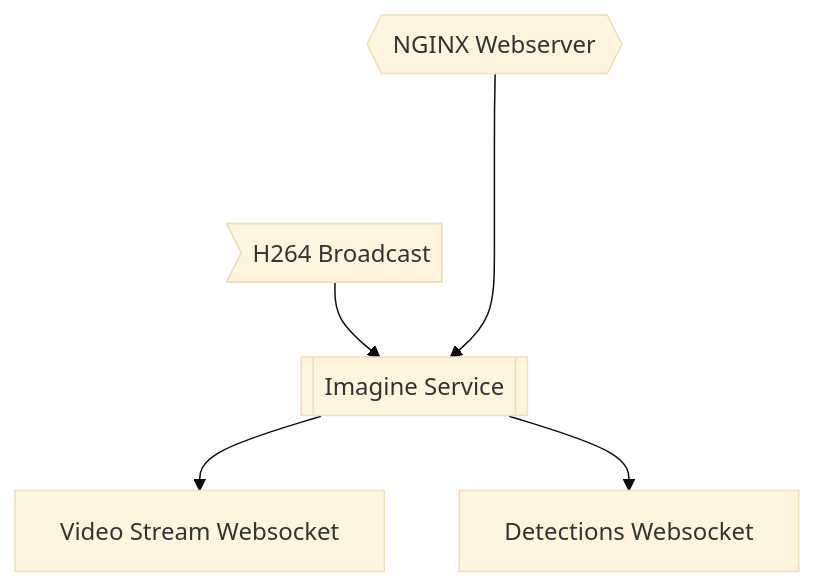
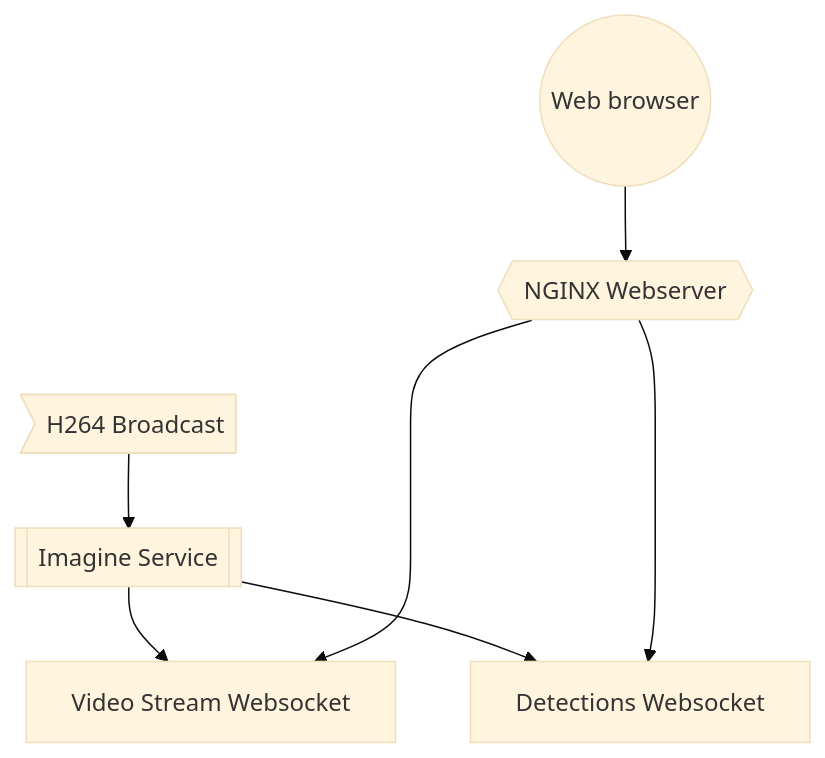
The diagram in README.md (stakach/imagine-monitor), drawn with Mermaid (base theme) before and after one commit.

Commit message:
update graph

````diff
--- a/README.md
+++ b/README.md
@@ -5,7 +5,9 @@
 ```mermaid
 flowchart TD
     B>H264 Broadcast] --> I[[Imagine Service]]
     I --> V[Video Stream Websocket]
     I --> D[Detections Websocket]
-    N{{NGINX Webserver}} ----> I
+    N{{NGINX Webserver}} ----> V
+    N ----> D
+    U((Web browser)) --> N
 ```
````
